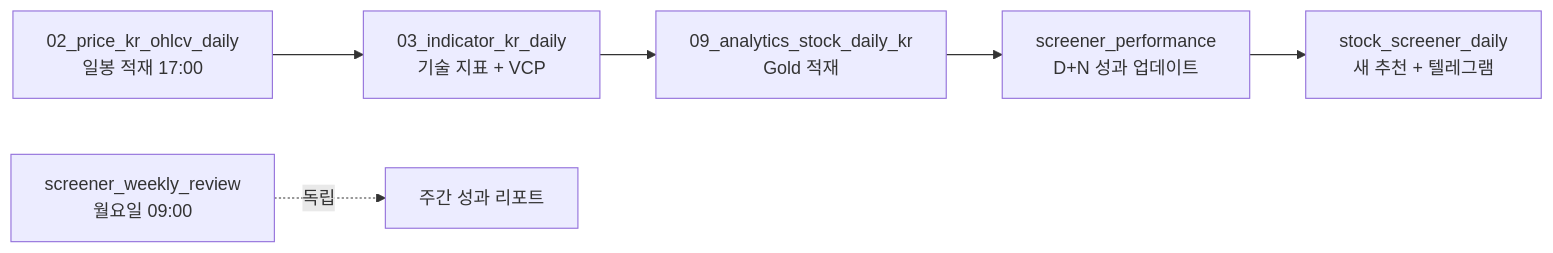
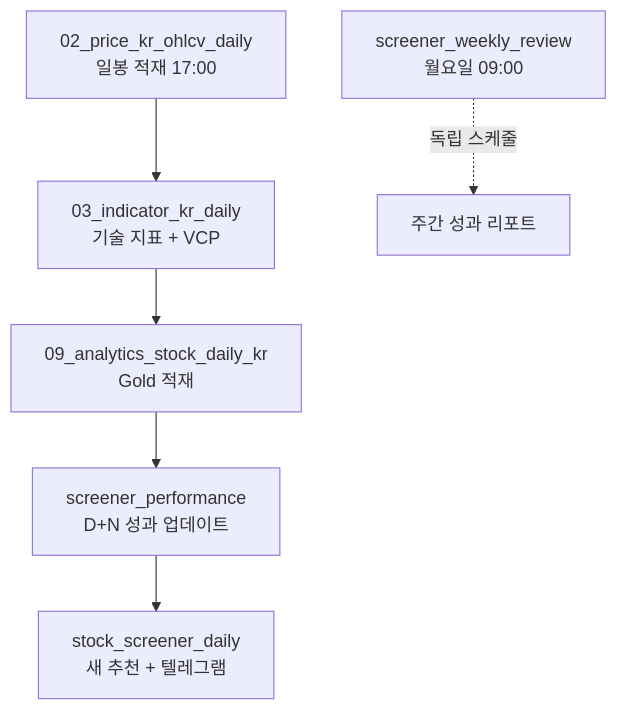
One commit to izzyLim/BIP-Pipeline changed diagram 11 of 12 in docs/stock_screener_architecture.md. Above: the diagram before and after it, drawn with Mermaid. The commit also changed other lines of this file and 2 other files, not shown here.

First line of the commit message:
docs(stock_screener): v6.3 — 가독성 개선 + write-doc 다이어그램 가이드

````diff
--- a/docs/stock_screener_architecture.md
+++ b/docs/stock_screener_architecture.md
@@ -461,9 +459,8 @@
 ```mermaid
-flowchart LR
+flowchart TD
     A["02_price_kr_ohlcv_daily<br/>일봉 적재 17:00"] --> B["03_indicator_kr_daily<br/>기술 지표 + VCP"]
     B --> C["09_analytics_stock_daily_kr<br/>Gold 적재"]
     C --> D["screener_performance<br/>D+N 성과 업데이트"]
     D --> E["stock_screener_daily<br/>새 추천 + 텔레그램"]
-    
-    F["screener_weekly_review<br/>월요일 09:00"] -.->|독립| G[주간 성과 리포트]
+    F["screener_weekly_review<br/>월요일 09:00"] -.->|독립 스케줄| G[주간 성과 리포트]
 ```
````
